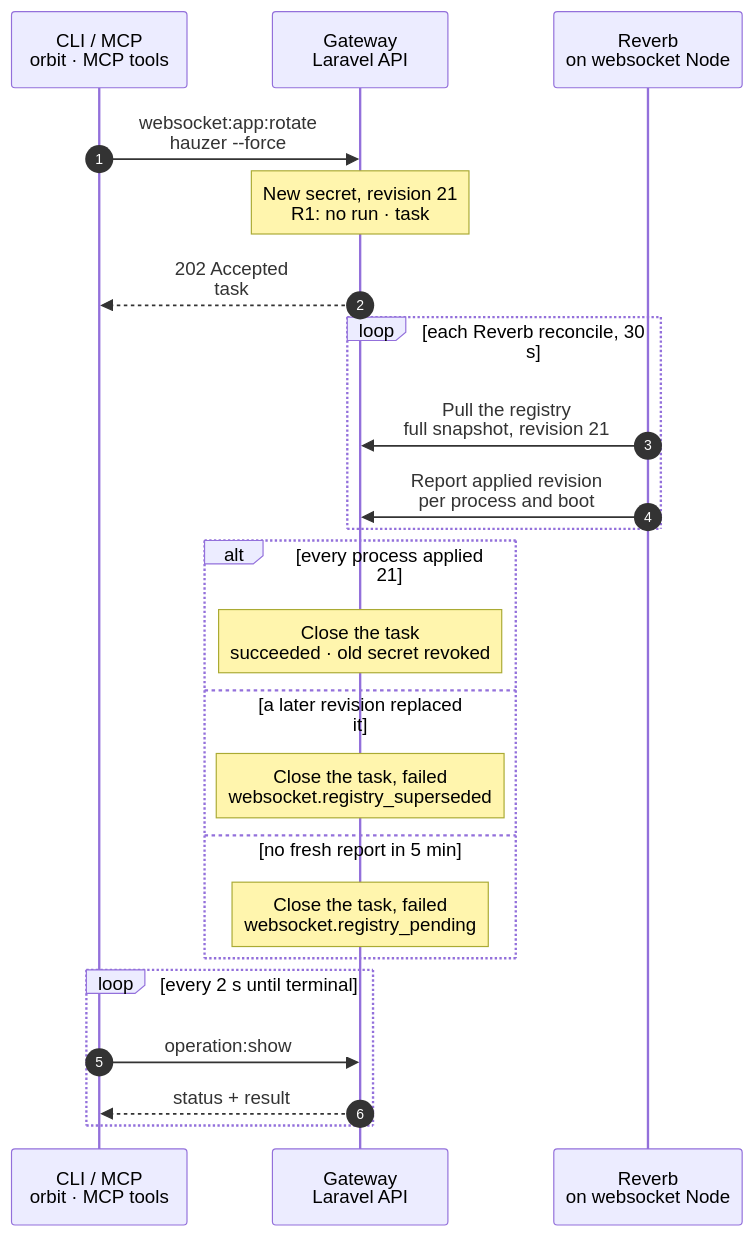
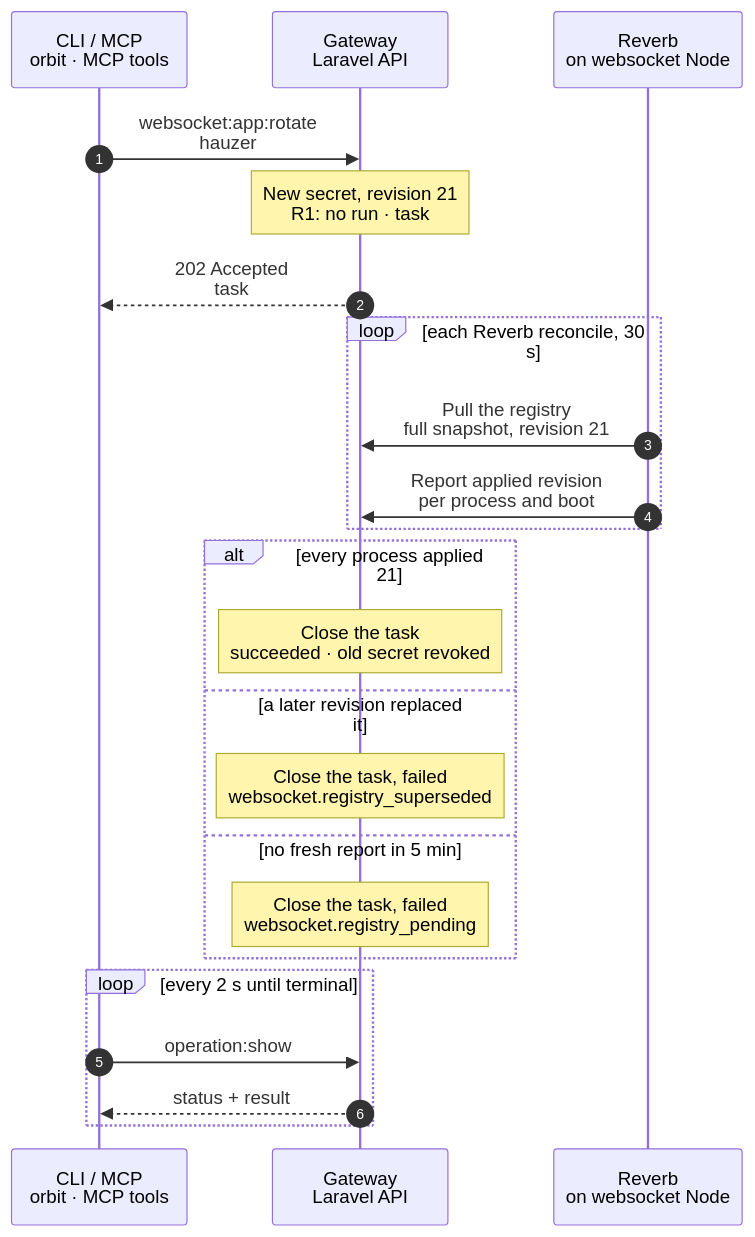
The diagram in docs/cli/websocket/app-rotate.mmd (hardimpactdev/orbit), drawn with Mermaid before and after one commit. The commit also changed 9 other files, not shown here.

Commit message:
docs(tool,vault,websocket): draw required parameters on the main path (flow rule 23)

```diff
--- a/docs/cli/websocket/app-rotate.mmd
+++ b/docs/cli/websocket/app-rotate.mmd
@@ -1,75 +1,75 @@
 sequenceDiagram
   %% Target design: ADR 0244 task; DECISIONS R1 + round 2 websocket.sync (no Swamp run, the Gateway closes the task from Reverb's own reports). docs/reference/websocket-apps.md.
   %% status: migrated
   %% command: websocket:app:rotate
   %% kind: websocket.app_rotate
   autonumber
   %% lane CLI icon=terminal pill=caller tone=gray
   %% lane GW icon=gateway pill=intent tone=blue
   %% lane N icon=server pill=target tone=amber
   participant CLI as CLI / MCP<br/>orbit · MCP tools
   participant GW as Gateway<br/>Laravel API
   participant N as Reverb<br/>on websocket Node
-  CLI->>GW: websocket:app:rotate<br/>hauzer --force
+  CLI->>GW: websocket:app:rotate<br/>hauzer
   %%> Command:
   %%> - `orbit websocket:app:rotate hauzer --force`
   %%> - syntax: `<name> [--force] [--operation-key=KEY] [--json]`
   %%> Confirmation:
   %%> - without `--force`, the CLI asks first; the default is No
   %%> Who can call it:
   %%> - the `orbit` CLI and the MCP tool send the same request
   Note over GW: New secret, revision 21<br/>R1: no run · task #5152
   %%> Requirements:
   %%> - the app exists and is not `gateway`
   %%> What it does:
   %%> - keeps the app key, generates a new secret and advances the credential generation
   %%> - updates the stored environment of every Instance that uses the app
   %%> - saves registry revision 21; all of this in one transaction
   %%> - records task #5152, which waits for revision 21
   %%> Why no Swamp run:
   %%> - nothing has to be done on a Node; Reverb pulls the registry itself (R1)
   %%> Not included:
   %%> - writing the Instances' `.env` files and reloading them; run `env:sync` per Instance (`input.app.instance_rollout` lists them)
   GW-->>CLI: 202 Accepted<br/>task #5152
   %%> What you get:
   %%> - the task number, at once; never the secret
   %%> Next:
   %%> - the CLI follows the task with `operation:show`
   loop each Reverb reconcile, 30 s
     N->>GW: Pull the registry<br/>full snapshot, revision 21
     %%> What it does:
     %%> - every Reverb process fetches the full snapshot on its own 30-second reconcile
     %%> - it then accepts only the new secret and closes that app's sockets with code `4201`
     %%> - other apps keep their connections; Reverb does not restart
     N->>GW: Report applied revision<br/>per process and boot
     %%> What it does:
     %%> - each process reports the revision it applied, with its boot identity; that revision fixes the credential generation
   end
   alt every process applied 21
     Note over GW: Close the task<br/>succeeded · old secret revoked
     %%> Result:
     %%> - no serving Reverb process accepts the old secret
     %%> - task #5152 succeeds
   else a later revision replaced it
     Note over GW: Close the task, failed<br/>websocket.registry_superseded
     %%> When:
     %%> - another rotation or a destroy of the app came first
     %%> Result:
     %%> - task #5152 fails; the registry keeps its latest state
   else no fresh report in 5 min
     Note over GW: Close the task, failed<br/>websocket.registry_pending
     %%> When:
     %%> - a serving process is stale or missing
     %%> Result:
     %%> - task #5152 fails; the new secret stays stored, and an offline Instance cannot delay the revocation
     %%> Retry:
     %%> - run `websocket:sync` after the fix
   end
   loop every 2 s until terminal
     CLI->>GW: operation:show #5152
     %%> What it does:
     %%> - asks for the task's status every 2 seconds until it has ended
     GW-->>CLI: status + result
     %%> Returns:
     %%> - the current status, and the result once the task has ended
   end
```
